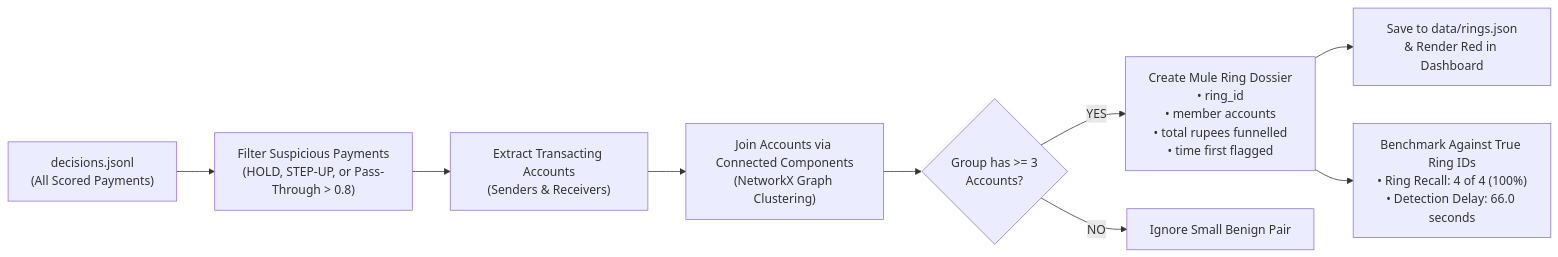
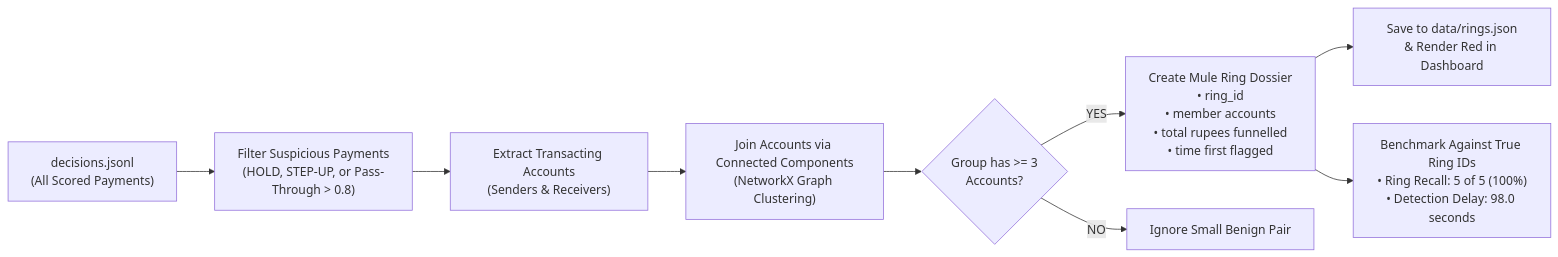
The fourth of 8 diagrams in ARCHITECTURE.md (syedmasih54-tech/project-innovasia), drawn with Mermaid before and after one commit. The commit also changed 2 other files, not shown here.

Commit message:
Update frontend and docs to display 5 of 5 rings caught (100%) and 98s delay

````diff
--- a/ARCHITECTURE.md
+++ b/ARCHITECTURE.md
@@ -118,11 +118,11 @@
 ```mermaid
 flowchart LR
     DEC["decisions.jsonl<br/>(All Scored Payments)"] --> FILT["Filter Suspicious Payments<br/>(HOLD, STEP-UP, or Pass-Through > 0.8)"]
     FILT --> ACC["Extract Transacting Accounts<br/>(Senders & Receivers)"]
     ACC --> GRP["Join Accounts via Connected Components<br/>(NetworkX Graph Clustering)"]
     GRP --> CHK{"Group has >= 3<br/>Accounts?"}
     CHK -->|YES| RING["Create Mule Ring Dossier<br/>• ring_id<br/>• member accounts<br/>• total rupees funnelled<br/>• time first flagged"]
     CHK -->|NO| IGN["Ignore Small Benign Pair"]
     RING --> OUT["Save to data/rings.json<br/>& Render Red in Dashboard"]
-    RING --> VAL["Benchmark Against True Ring IDs<br/>• Ring Recall: 4 of 4 (100%)<br/>• Detection Delay: 66.0 seconds"]
+    RING --> VAL["Benchmark Against True Ring IDs<br/>• Ring Recall: 5 of 5 (100%)<br/>• Detection Delay: 98.0 seconds"]
 ```
````
